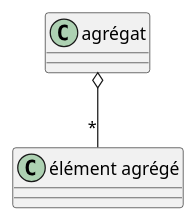
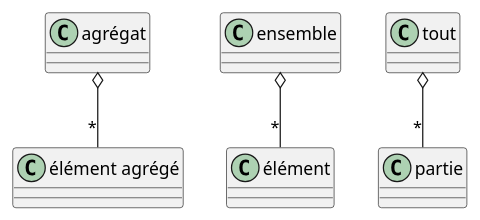
One commit to QuentinRa/blog.quentinra.dev changed the first of 4 diagrams in conception/uml/diagrammes/classes_advanced.rst. Above: the diagram before and after it, drawn with PlantUML. The commit also changed other lines of this file and 6 other files, not shown here.

```diff
--- a/conception/uml/diagrammes/classes_advanced.rst
+++ b/conception/uml/diagrammes/classes_advanced.rst
@@ -24,3 +24,5 @@
 .. uml::
 
 		agrégat o-- "*" "élément agrégé"
+		ensemble o-- "*" "élément"
+		tout o-- "*" "partie"
```
